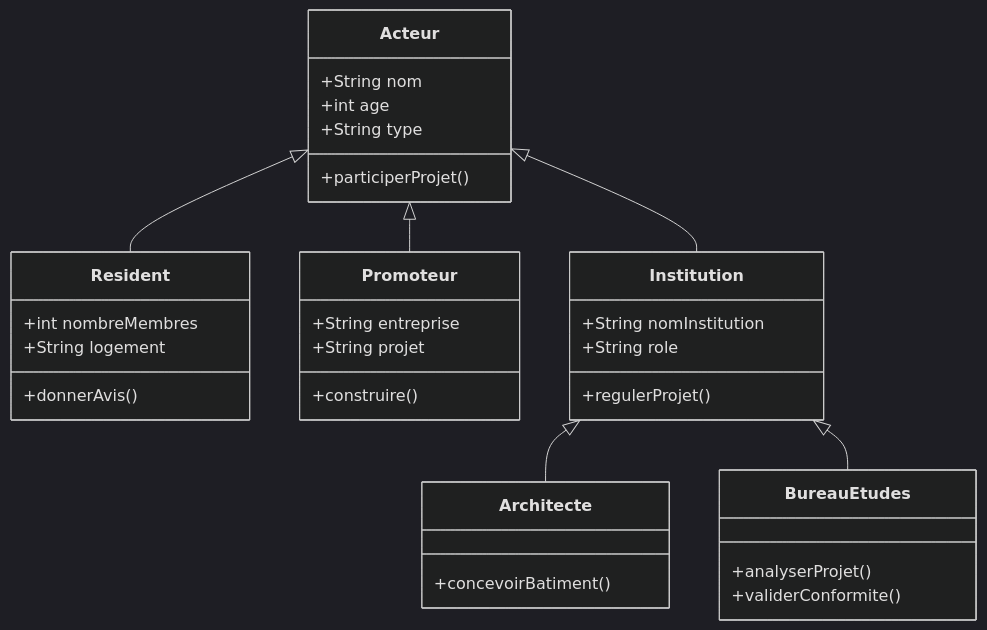
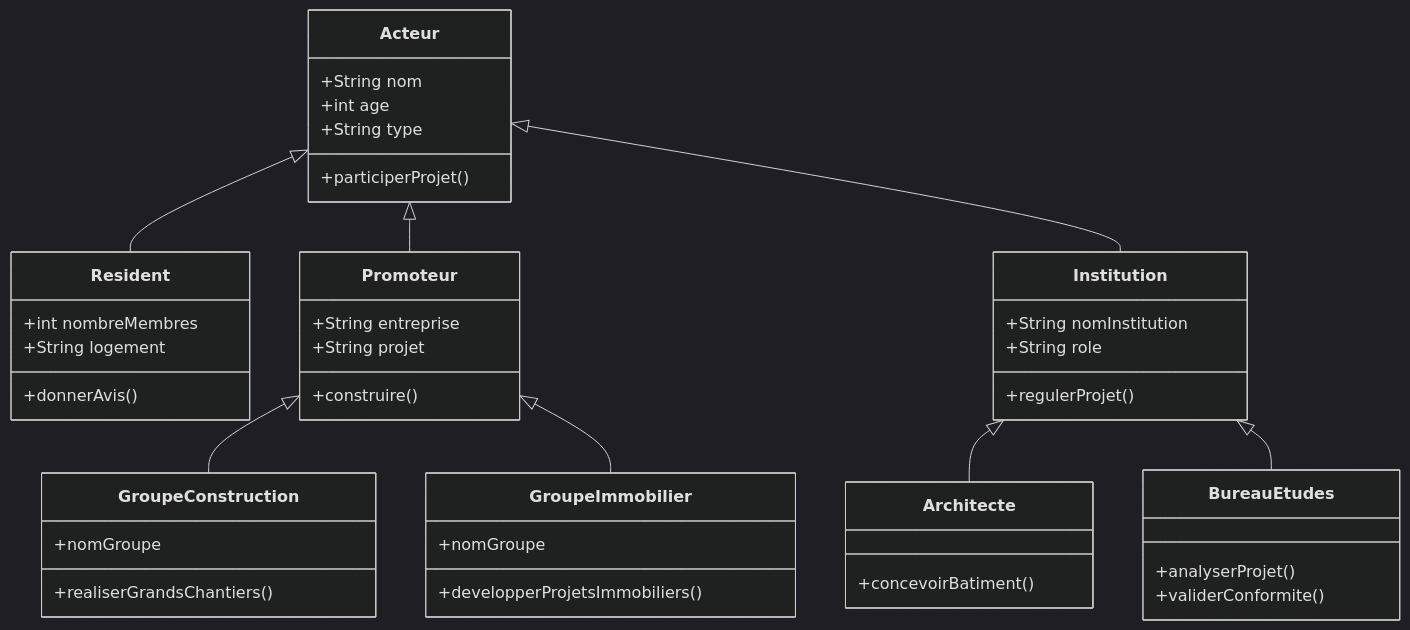
One commit to kahiarchi/plaine---saint--Denis---batiment- changed the diagram in acteursTGY95.md. Above: the diagram before and after it, drawn with Mermaid (dark theme).

````diff
--- a/acteursTGY95.md
+++ b/acteursTGY95.md
@@ -1,51 +1,65 @@
 ```mermaid
 
 classDiagram
-      
+       
        class Acteur {
            +String nom
            +int age
            +String type
            +participerProjet()
        }
 
-       
+    
        Acteur <|-- Resident
        Acteur <|-- Promoteur
        Acteur <|-- Institution
 
-       
        class Resident {
            +int nombreMembres
            +String logement
            +donnerAvis()
        }
 
-       
+     
        class Promoteur {
            +String entreprise
            +String projet
            +construire()
        }
 
-       
+      
+       Promoteur <|-- GroupeConstruction
+       Promoteur <|-- GroupeImmobilier
+
+       class GroupeConstruction {
+           +nomGroupe
+           +realiserGrandsChantiers()
+       }
+
+       class GroupeImmobilier {
+           +nomGroupe
+           +developperProjetsImmobiliers()
+       }
+
+    
        class Institution {
            +String nomInstitution
            +String role
            +regulerProjet()
        }
 
-       
+      
        Institution <|-- Architecte
        Institution <|-- BureauEtudes
 
        class Architecte {
            +concevoirBatiment()
        }
 
        class BureauEtudes {
            +analyserProjet()
            +validerConformite()
        }
 
+
 ```
````
